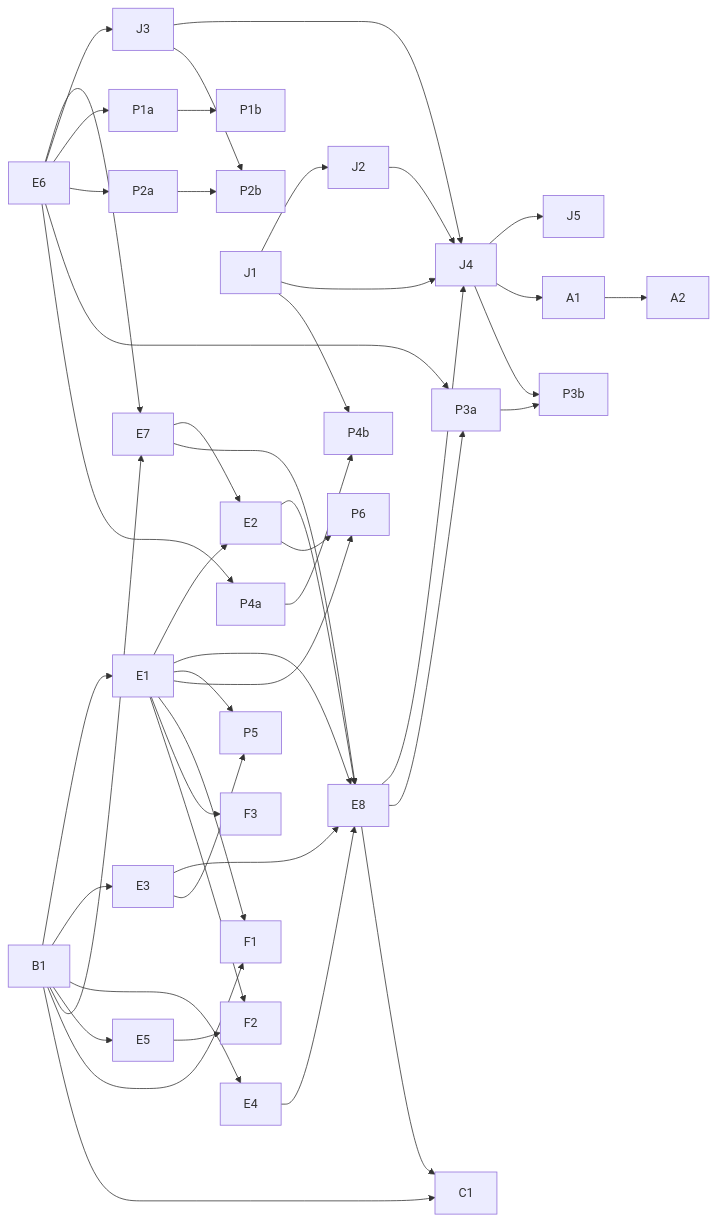
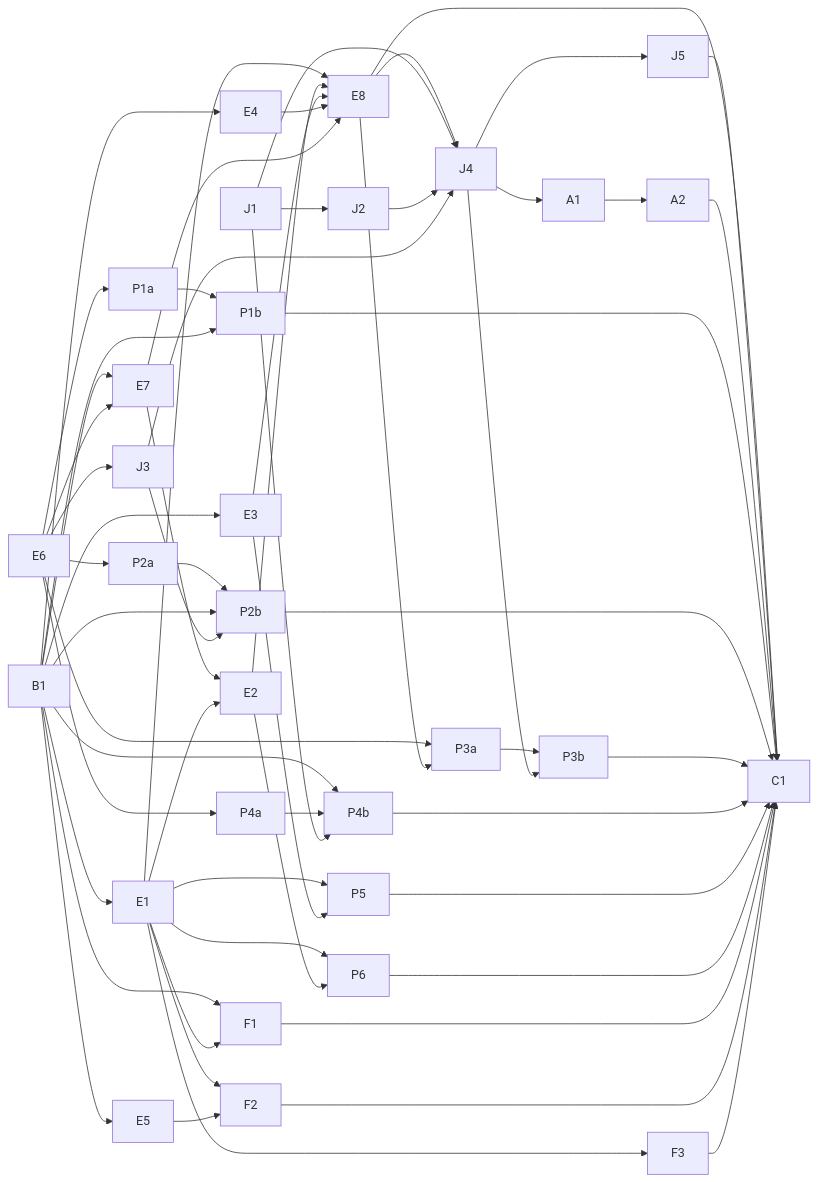
The diagram in docs/adr/ADR-065-four-agent-joint-speculative-verify.md (robertelee78/hf2q), drawn with Mermaid before and after one commit. The commit also changed other lines of this file, not shown here.

````diff
--- a/docs/adr/ADR-065-four-agent-joint-speculative-verify.md
+++ b/docs/adr/ADR-065-four-agent-joint-speculative-verify.md
@@ -792,23 +793,24 @@
 ```mermaid
 flowchart LR
   B1 --> E1 & E3 & E4 & E5 & E7 & F1
   E6 --> E7 --> E2
   E1 --> E2
   E1 & E2 & E3 & E4 & E7 --> E8
   J1 --> J2
   E6 --> J3
   E8 & J1 & J2 & J3 --> J4 --> J5
   J4 --> A1 --> A2
   E6 --> P1a --> P1b
   E6 --> P2a --> P2b
+  B1 --> P1b & P2b & P4b
   J3 --> P2b
   E6 & E8 --> P3a --> P3b
   J4 --> P3b
   E6 --> P4a --> P4b
   J1 --> P4b
   E1 & E3 --> P5
   E1 & E2 --> P6
   E1 --> F1 & F3
   E1 & E5 --> F2
-  B1 & E8 --> C1
+  E8 & J5 & A2 & P1b & P2b & P3b & P4b & P5 & P6 & F1 & F2 & F3 --> C1
 ```
````
